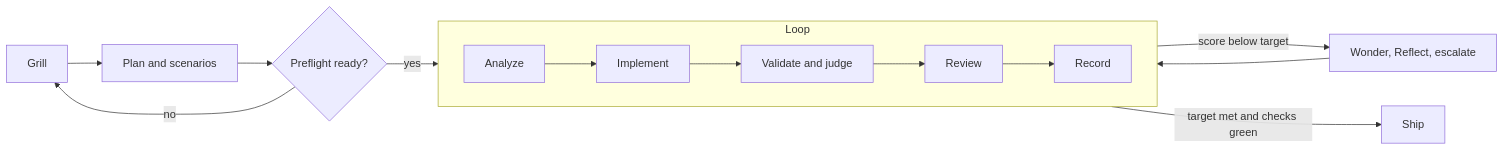
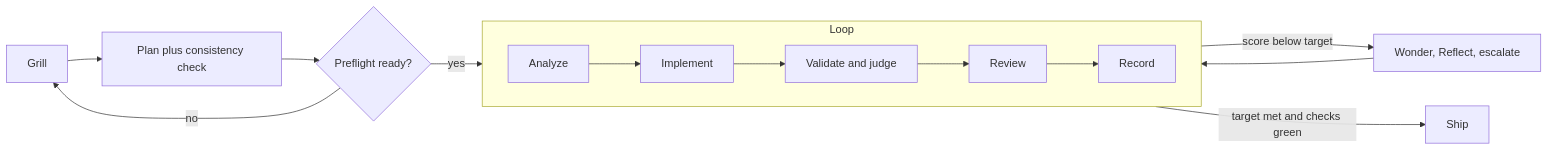
Before and after one commit to agent-frontier/wgm: the diagram in README.md, drawn with Mermaid. The commit also changed other lines of this file and 7 other files, not shown here.

````diff
--- a/README.md
+++ b/README.md
@@ -121,14 +121,14 @@
 ```mermaid
 flowchart LR
-  G[Grill] --> P[Plan and scenarios]
+  G[Grill] --> P[Plan plus consistency check]
   P --> F{Preflight ready?}
   F -- no --> G
   F -- yes --> A
   subgraph Loop
     direction LR
     A[Analyze] --> I[Implement] --> V[Validate and judge] --> R[Review] --> Rec[Record]
   end
   V -- score below target --> W[Wonder, Reflect, escalate]
   W --> A
   Rec -- target met and checks green --> S[Ship]
 ```
````
